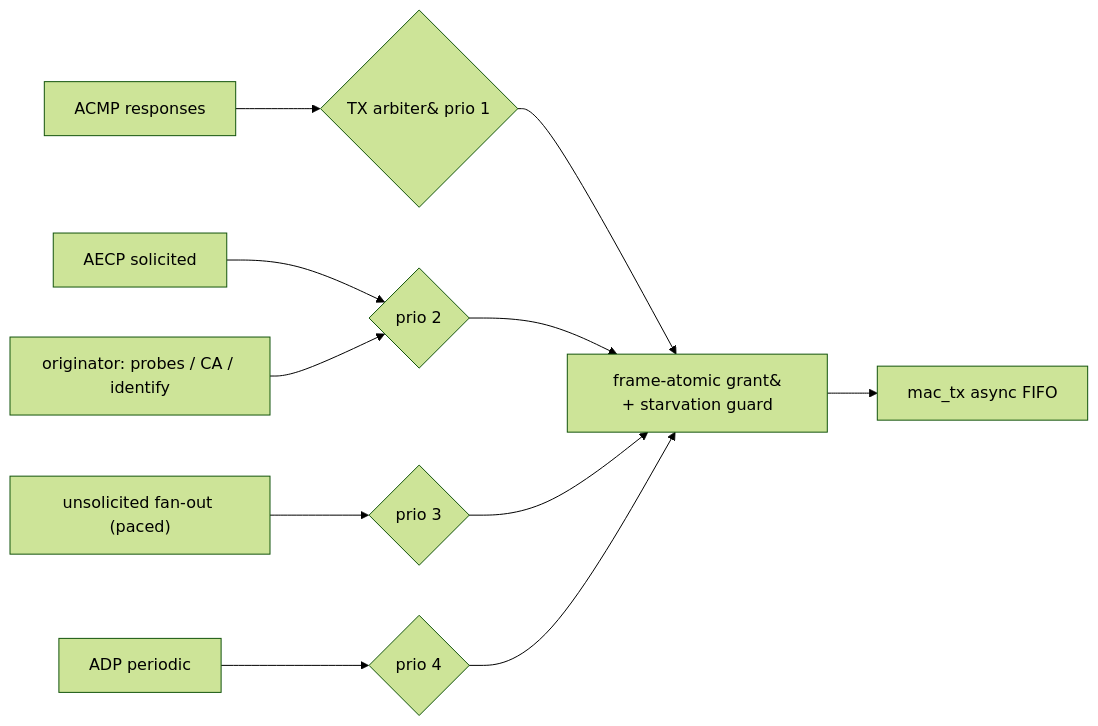
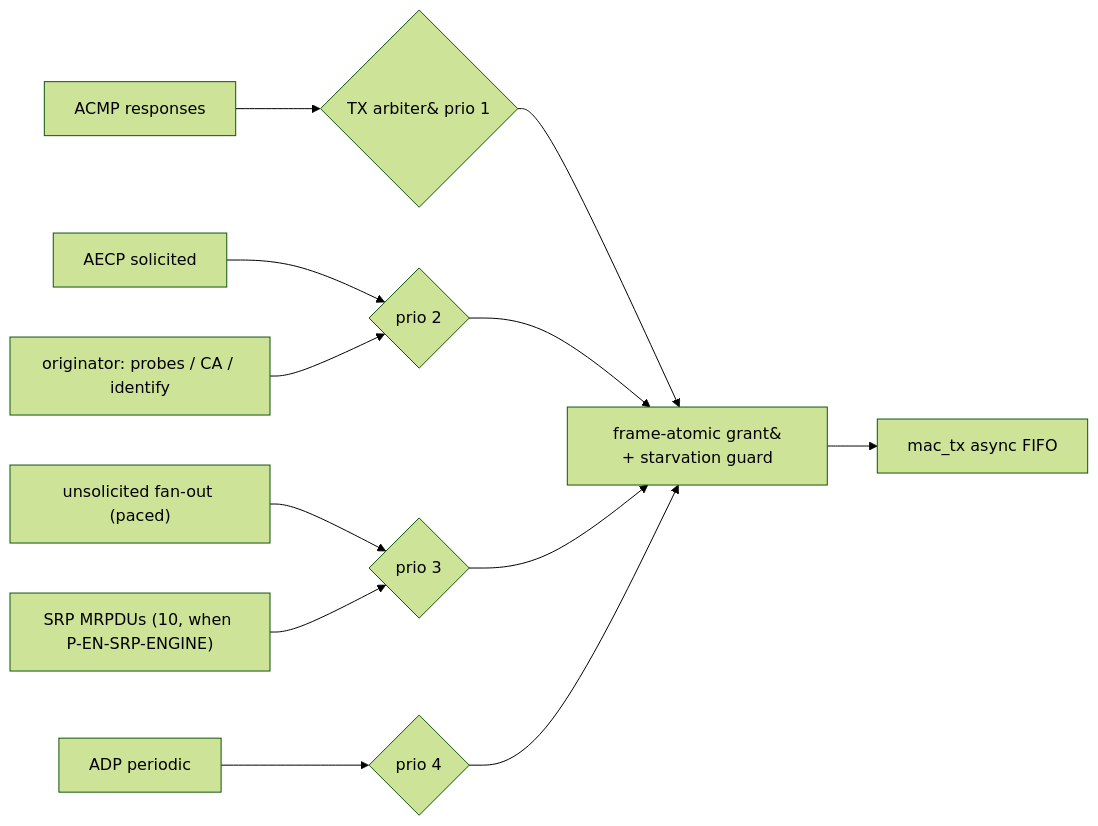
Before and after one commit to Mister-M-alt/protocol-processor-control-plane-avb-milan: the third of 3 diagrams in docs/architecture/03_packet_engine.md, drawn with Mermaid (forest theme). The commit also changed other lines of this file and 12 other files, not shown here.

Commit message:
Add SRP endpoint engine document

````diff
--- a/docs/architecture/03_packet_engine.md
+++ b/docs/architecture/03_packet_engine.md
@@ -215,13 +217,14 @@
 ```mermaid
 flowchart LR
   acmup["ACMP responses"] --> arb{"TX arbiter&#10;prio 1"}
   aecpp["AECP solicited"] --> arb2{"prio 2"}
   origp["originator: probes / CA / identify"] --> arb2
   notifp["unsolicited fan-out (paced)"] --> arb3{"prio 3"}
+  srpp["SRP MRPDUs (10, when P-EN-SRP-ENGINE)"] --> arb3
   adpp["ADP periodic"] --> arb4{"prio 4"}
   arb --> mux["frame-atomic grant&#10;+ starvation guard"]
   arb2 --> mux
   arb3 --> mux
   arb4 --> mux
   mux --> fifo["mac_tx async FIFO"]
 ```
````
